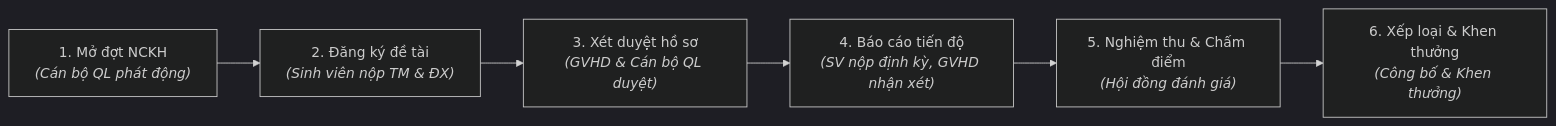
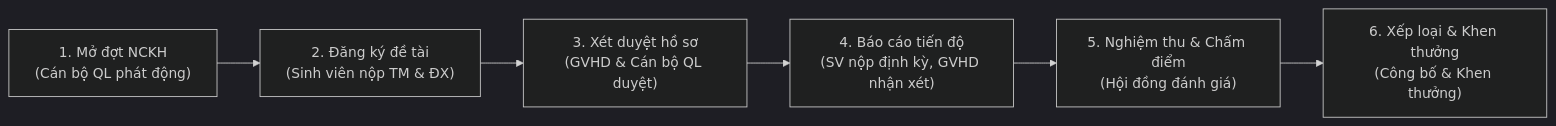
The second of 2 diagrams in README.md (Datdajt03/HTQL_NCKH_SV_TBU), drawn with Mermaid (dark theme) before and after one commit. The commit also changed other lines of this file and 1 other file, not shown here.

````diff
--- a/README.md
+++ b/README.md
@@ -84,9 +84,9 @@
 ```mermaid
 flowchart LR
-    A["1. Mở đợt NCKH<br><i>(Cán bộ QL phát động)</i>"] 
-    --> B["2. Đăng ký đề tài<br><i>(Sinh viên nộp TM & ĐX)</i>"]
-    --> C["3. Xét duyệt hồ sơ<br><i>(GVHD & Cán bộ QL duyệt)</i>"]
-    --> D["4. Báo cáo tiến độ<br><i>(SV nộp định kỳ, GVHD nhận xét)</i>"]
-    --> E["5. Nghiệm thu & Chấm điểm<br><i>(Hội đồng đánh giá)</i>"]
-    --> F["6. Xếp loại & Khen thưởng<br><i>(Công bố & Khen thưởng)</i>"]
+    A["1. Mở đợt NCKH<br>(Cán bộ QL phát động)"] 
+    --> B["2. Đăng ký đề tài<br>(Sinh viên nộp TM & ĐX)"]
+    --> C["3. Xét duyệt hồ sơ<br>(GVHD & Cán bộ QL duyệt)"]
+    --> D["4. Báo cáo tiến độ<br>(SV nộp định kỳ, GVHD nhận xét)"]
+    --> E["5. Nghiệm thu & Chấm điểm<br>(Hội đồng đánh giá)"]
+    --> F["6. Xếp loại & Khen thưởng<br>(Công bố & Khen thưởng)"]
 ```
````
